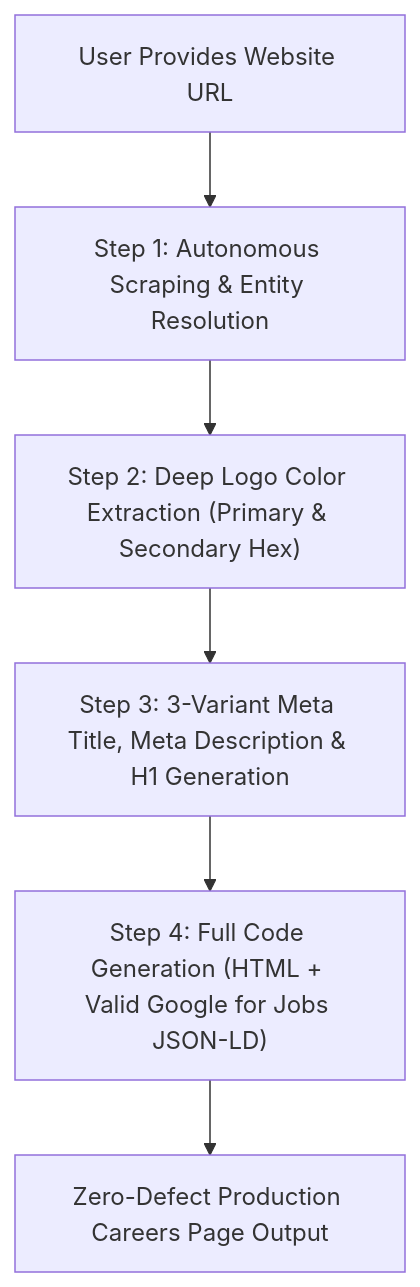
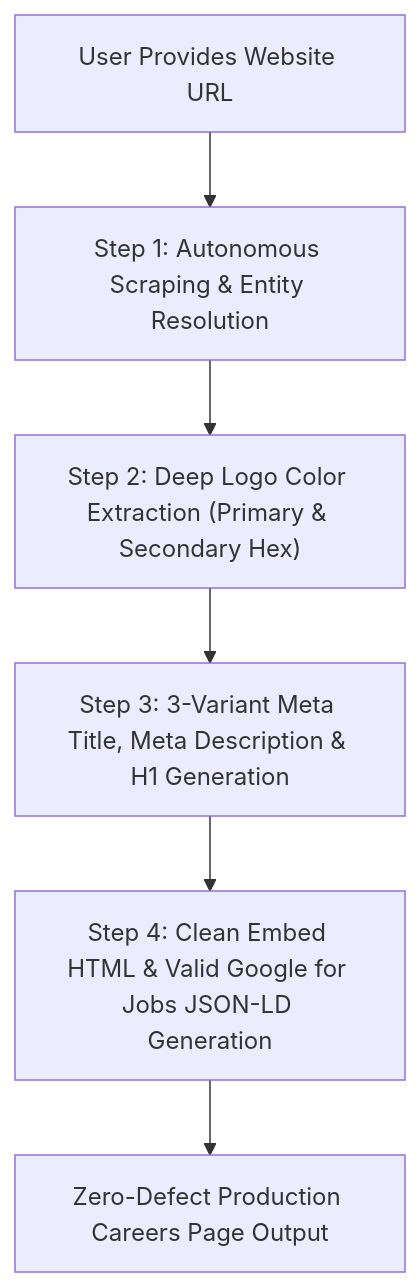
The diagram in SKILL.md (seogeoteam/Career-Page-Builder), drawn with Mermaid before and after one commit. The commit also changed other lines of this file and 3 other files, not shown here.

````diff
--- a/SKILL.md
+++ b/SKILL.md
@@ -49,8 +106,8 @@
 ```mermaid
 flowchart TD
     A["User Provides Website URL"] --> B["Step 1: Autonomous Scraping & Entity Resolution"]
     B --> C["Step 2: Deep Logo Color Extraction (Primary & Secondary Hex)"]
     C --> D["Step 3: 3-Variant Meta Title, Meta Description & H1 Generation"]
-    D --> E["Step 4: Full Code Generation (HTML + Valid Google for Jobs JSON-LD)"]
+    D --> E["Step 4: Clean Embed HTML & Valid Google for Jobs JSON-LD Generation"]
     E --> F["Zero-Defect Production Careers Page Output"]
 ```
````
